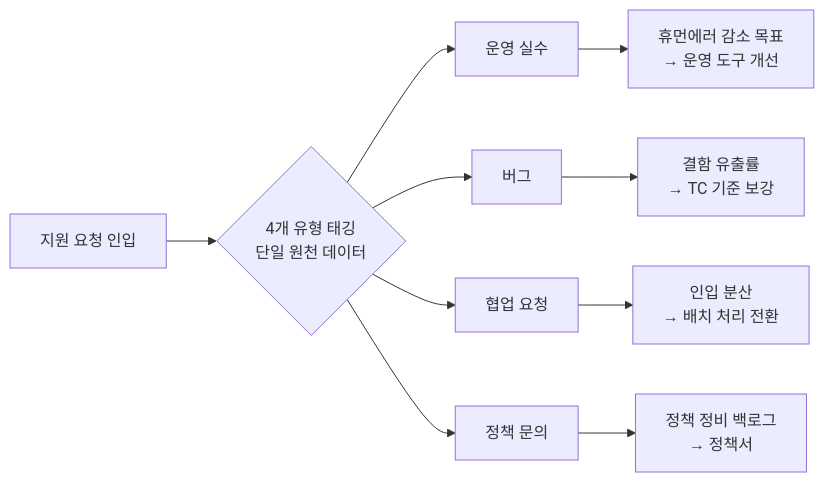
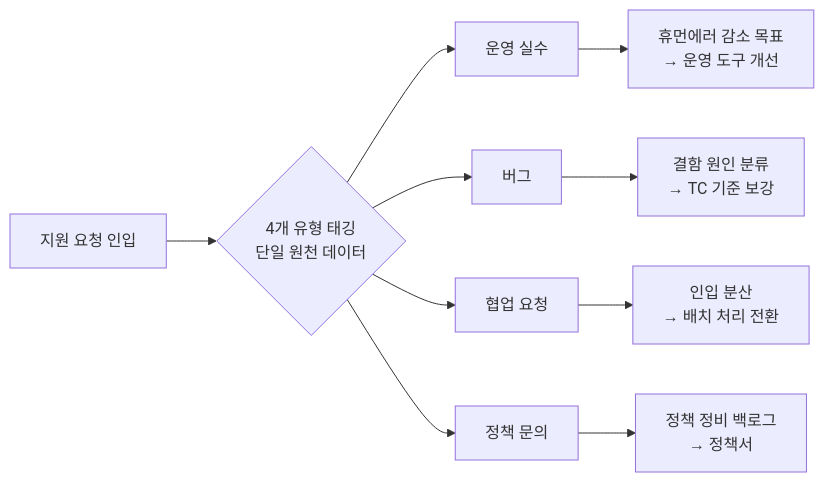
One commit to ottoohan/career-portfolio changed the diagram in 4-qa-playbook/img/src/05-source.mmd. Above: the diagram before and after it, drawn with Mermaid. The commit also changed 33 other files, not shown here.

```diff
--- a/4-qa-playbook/img/src/05-source.mmd
+++ b/4-qa-playbook/img/src/05-source.mmd
@@ -1,10 +1,10 @@
 flowchart LR
   I["지원 요청 인입"] --> C{"4개 유형 태깅<br/>단일 원천 데이터"}
   C --> A["운영 실수"]
   C --> B["버그"]
   C --> D["협업 요청"]
   C --> E["정책 문의"]
   A --> G1["휴먼에러 감소 목표<br/>→ 운영 도구 개선"]
-  B --> G2["결함 유출률<br/>→ TC 기준 보강"]
+  B --> G2["결함 원인 분류<br/>→ TC 기준 보강"]
   D --> G3["인입 분산<br/>→ 배치 처리 전환"]
   E --> G4["정책 정비 백로그<br/>→ 정책서"]
```
